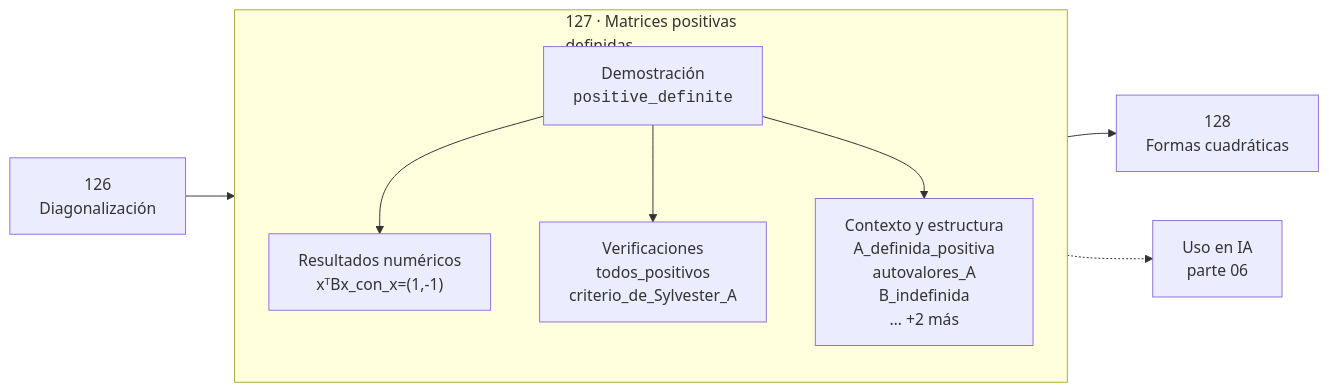
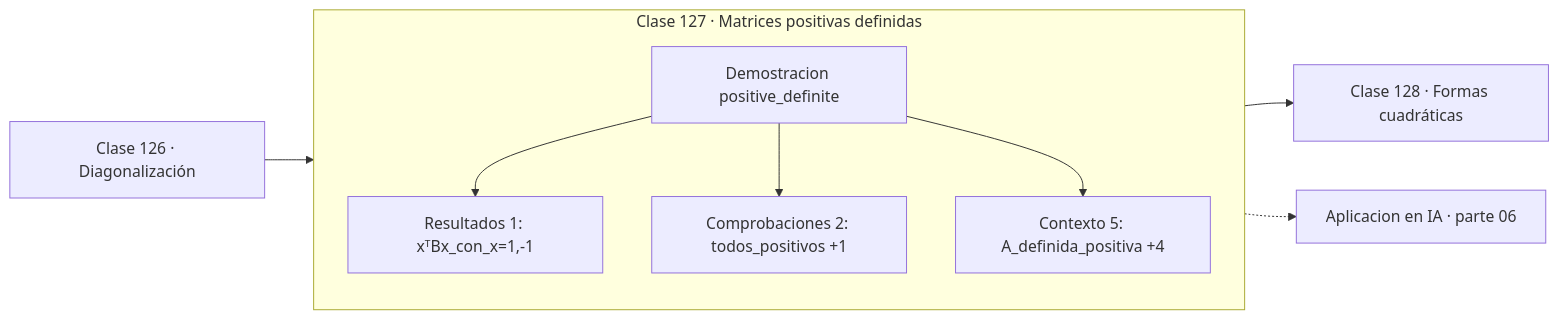
The diagram in classes/part-06-algebra-lineal-ii-descomposiciones-y-tensores/127-matrices-positivas-definidas/README.md (vladimiracunadev-create/computational-mathematics-program), drawn with Mermaid before and after one commit. The commit also changed 389 other files, not shown here.

First line of the commit message:
fix(diagramas): elimina el HTML de las etiquetas Mermaid

````diff
--- a/classes/part-06-algebra-lineal-ii-descomposiciones-y-tensores/127-matrices-positivas-definidas/README.md
+++ b/classes/part-06-algebra-lineal-ii-descomposiciones-y-tensores/127-matrices-positivas-definidas/README.md
@@ -30,12 +30,13 @@
 ```mermaid
 flowchart LR
-    P["126<br/>Diagonalización"] --> C
-    subgraph C["127 · Matrices positivas<br/>definidas"]
+    P["Clase 126 · Diagonalización"] --> D
+    subgraph CLASE["Clase 127 · Matrices positivas definidas"]
         direction TB
-        D["Demostración<br/><code>positive_definite</code>"] --> R["Resultados numéricos<br/>xᵀBx_con_x=(1,-1)"]
-        D --> V["Verificaciones<br/>todos_positivos<br/>criterio_de_Sylvester_A"]
-        D --> O["Contexto y estructura<br/>A_definida_positiva<br/>autovalores_A<br/>B_indefinida<br/>… +2 más"]
+        D["Demostracion positive_definite"]
+        D --> R["Resultados 1: xᵀBx_con_x=1,-1"]
+        D --> V["Comprobaciones 2: todos_positivos +1"]
+        D --> O["Contexto 5: A_definida_positiva +4"]
     end
-    C --> N["128<br/>Formas cuadráticas"]
-    C -.-> IA["Uso en IA<br/>parte 06"]
+    R --> N["Clase 128 · Formas cuadráticas"]
+    V -.-> IA["Aplicacion en IA · parte 06"]
 ```
````
